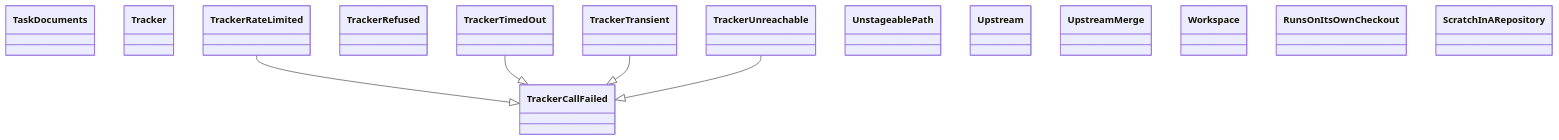
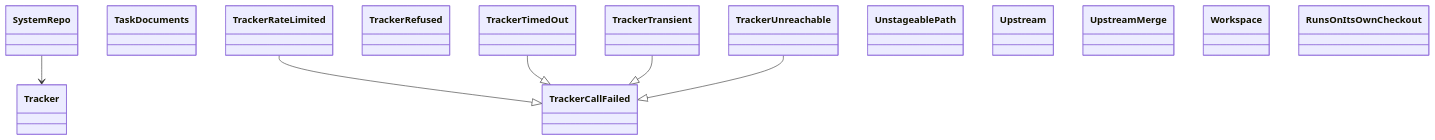
Before and after one commit to GonzaloZevallos/agentic-system: the diagram in docs/architecture/generated/classes-process-application-support-7.md, drawn with Mermaid. The commit also changed other lines of this file and 20 other files, not shown here.

````diff
--- a/docs/architecture/generated/classes-process-application-support-7.md
+++ b/docs/architecture/generated/classes-process-application-support-7.md
@@ -20,21 +20,22 @@
 ```mermaid
 classDiagram
+    class ports__SystemRepo["SystemRepo"]
     class ports__TaskDocuments["TaskDocuments"]
     class ports__Tracker["Tracker"]
     class ports__TrackerCallFailed["TrackerCallFailed"]
     class ports__TrackerRateLimited["TrackerRateLimited"]
     class ports__TrackerRefused["TrackerRefused"]
     class ports__TrackerTimedOut["TrackerTimedOut"]
     class ports__TrackerTransient["TrackerTransient"]
     class ports__TrackerUnreachable["TrackerUnreachable"]
     class ports__UnstageablePath["UnstageablePath"]
     class ports__Upstream["Upstream"]
     class ports__UpstreamMerge["UpstreamMerge"]
     class ports__Workspace["Workspace"]
     class preflight__RunsOnItsOwnCheckout["RunsOnItsOwnCheckout"]
-    class preflight__ScratchInARepository["ScratchInARepository"]
+    ports__SystemRepo --> ports__Tracker
     ports__TrackerRateLimited --|> ports__TrackerCallFailed
     ports__TrackerTimedOut --|> ports__TrackerCallFailed
     ports__TrackerTransient --|> ports__TrackerCallFailed
     ports__TrackerUnreachable --|> ports__TrackerCallFailed
 ```
````
